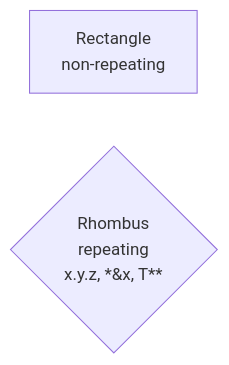
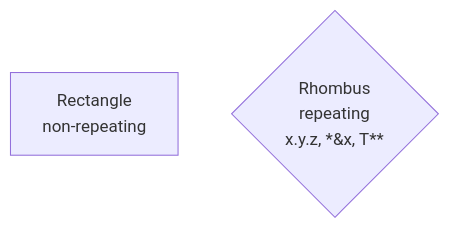
Before and after one commit to laro/Cilia: the third of 4 diagrams in 6 .../2 Unfinished Ideas.md, drawn with Mermaid. The commit also changed other lines of this file, not shown here.

Commit message:
Update 2 Unfinished Ideas.md

````diff
--- a/6 .../2 Unfinished Ideas.md
+++ b/6 .../2 Unfinished Ideas.md
@@ -373,7 +375,9 @@
 ```mermaid
 %%{init: {'themeVariables': {'fontFamily': 'monospace'}}}%%
 graph LR
     rect["Rectangle<br/>non-repeating"]
 
     rhombus{"Rhombus<br/>repeating<br/>x.y.z, *&x, T**"}
+
+    rect ~~~ rhombus
 ```
````
